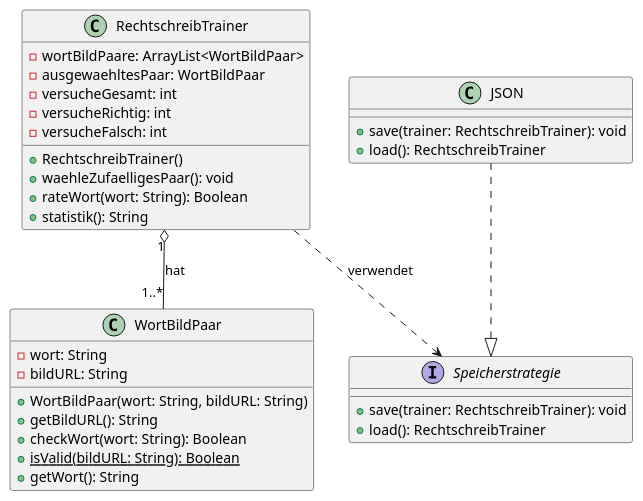
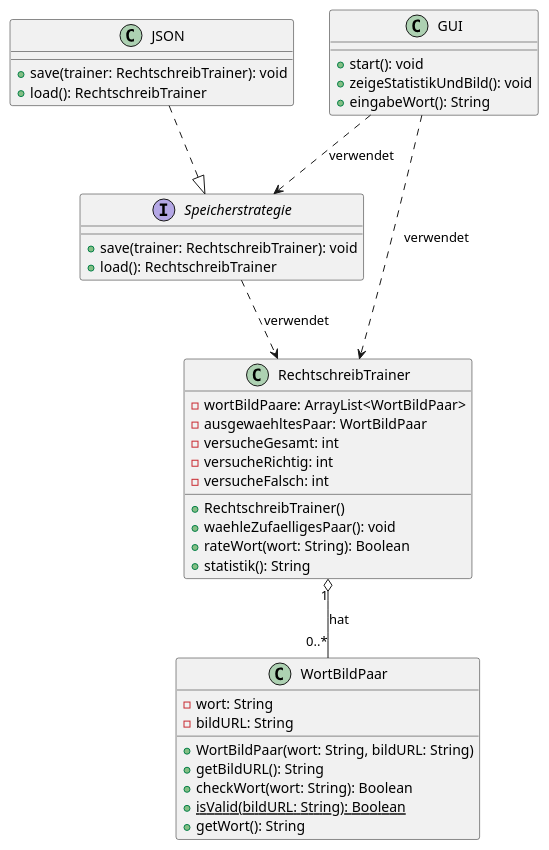
The diagram in src/main/java/org/rmartin/Worttrainer-UML.puml (TGM-HIT/sew9-2425-worttrainer-rmartin69420), drawn with PlantUML before and after one commit. The commit also changed 2 other files, not shown here.

Commit message:
F3: GUI (Entwurf)

```diff
--- a/src/main/java/org/rmartin/Worttrainer-UML.puml
+++ b/src/main/java/org/rmartin/Worttrainer-UML.puml
@@ -1,37 +1,45 @@
 @startuml
 class WortBildPaar {
   -wort: String
   -bildURL: String
   +WortBildPaar(wort: String, bildURL: String)
   +getBildURL(): String
   +checkWort(wort: String): Boolean
   {static} +isValid(bildURL: String): Boolean
   +getWort(): String
 }
 
 class RechtschreibTrainer {
   -wortBildPaare: ArrayList<WortBildPaar>
   -ausgewaehltesPaar: WortBildPaar
   -versucheGesamt: int
   -versucheRichtig: int
   -versucheFalsch: int
   +RechtschreibTrainer()
   +waehleZufaelligesPaar(): void
   +rateWort(wort: String): Boolean
   +statistik(): String
 }
 
 interface Speicherstrategie {
   +save(trainer: RechtschreibTrainer): void
   +load(): RechtschreibTrainer
 }
 
 class JSON {
   +save(trainer: RechtschreibTrainer): void
   +load(): RechtschreibTrainer
 }
 
-RechtschreibTrainer "1" o-- "1..*" WortBildPaar : hat
-RechtschreibTrainer ..> Speicherstrategie : verwendet
+class GUI {
+  +start(): void
+  +zeigeStatistikUndBild(): void
+  +eingabeWort(): String
+}
+
+RechtschreibTrainer "1" o-- "0..*" WortBildPaar : hat
+GUI ..> Speicherstrategie : verwendet
 JSON ..|> Speicherstrategie
+GUI ..> RechtschreibTrainer : verwendet
+Speicherstrategie ..> RechtschreibTrainer : verwendet
 @enduml
```
